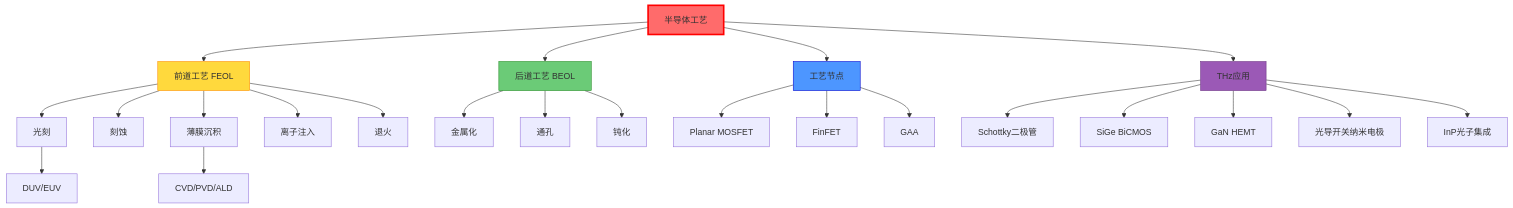
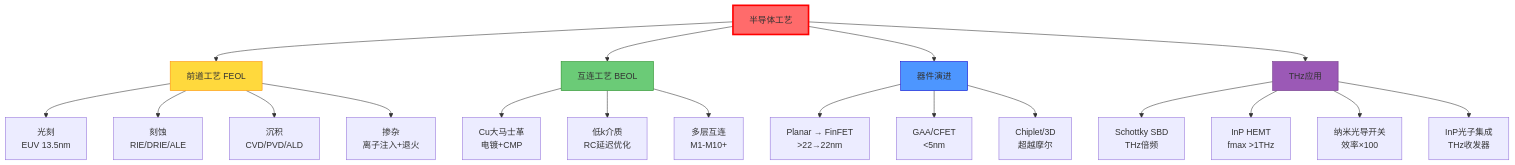
Before and after one commit to photonics-dhl/Self-learning: the third of 3 diagrams in Obsidian-Vault/1️⃣ 学科基础/📁 07 工程基础/14_半导体工艺.md, drawn with Mermaid. The commit also changed other lines of this file and 1 other file, not shown here.

Commit message:
feat: thicken 13_无线通信 (456→443, +channel coding/Shannon derivation) + 14_半导体工艺 (469→440, +Damascene/CMP/Moore limit/EUV detail)

````diff
--- a/Obsidian-Vault/1️⃣ 学科基础/📁 07 工程基础/14_半导体工艺.md
+++ b/Obsidian-Vault/1️⃣ 学科基础/📁 07 工程基础/14_半导体工艺.md
@@ -414,36 +386,31 @@
 ```mermaid
 graph TD
     A["半导体工艺"] --> B["前道工艺 FEOL"]
-    A --> C["后道工艺 BEOL"]
-    A --> D["工艺节点"]
+    A --> C["互连工艺 BEOL"]
+    A --> D["器件演进"]
     A --> E["THz应用"]
 
-    B --> B1["光刻"]
-    B --> B2["刻蚀"]
-    B --> B3["薄膜沉积"]
-    B --> B4["离子注入"]
-    B --> B5["退火"]
+    B --> B1["光刻<br/>EUV 13.5nm"]
+    B --> B2["刻蚀<br/>RIE/DRIE/ALE"]
+    B --> B3["沉积<br/>CVD/PVD/ALD"]
+    B --> B4["掺杂<br/>离子注入+退火"]
 
-    B1 --> B1a["DUV/EUV"]
-    B3 --> B3a["CVD/PVD/ALD"]
+    C --> C1["Cu大马士革<br/>电镀+CMP"]
+    C --> C2["低k介质<br/>RC延迟优化"]
+    C --> C3["多层互连<br/>M1-M10+"]
 
-    C --> C1["金属化"]
-    C --> C2["通孔"]
-    C --> C3["钝化"]
+    D --> D1["Planar → FinFET<br/>&gt;22→22nm"]
+    D --> D2["GAA/CFET<br/>&lt;5nm"]
+    D --> D3["Chiplet/3D<br/>超越摩尔"]
 
-    D --> D1["Planar MOSFET"]
-    D --> D2["FinFET"]
-    D --> D3["GAA"]
-
-    E --> E1["Schottky二极管"]
-    E --> E2["SiGe BiCMOS"]
-    E --> E3["GaN HEMT"]
-    E --> E4["光导开关纳米电极"]
-    E --> E5["InP光子集成"]
+    E --> E1["Schottky SBD<br/>THz倍频"]
+    E --> E2["InP HEMT<br/>fmax >1THz"]
+    E --> E3["纳米光导开关<br/>效率×100"]
+    E --> E4["InP光子集成<br/>THz收发器"]
 
     style A fill:#FF6B6B,stroke:#FF0000,stroke-width:3px
     style B fill:#FFD93D,stroke:#FF8C00
     style C fill:#6BCB77,stroke:#228B22
     style D fill:#4D96FF,stroke:#0000CD
     style E fill:#9B59B6,stroke:#6C3483
 ```
````
